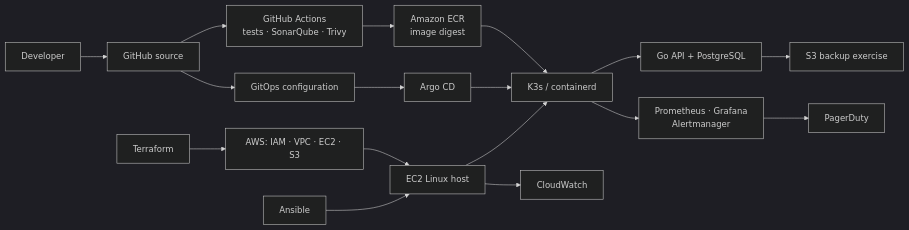
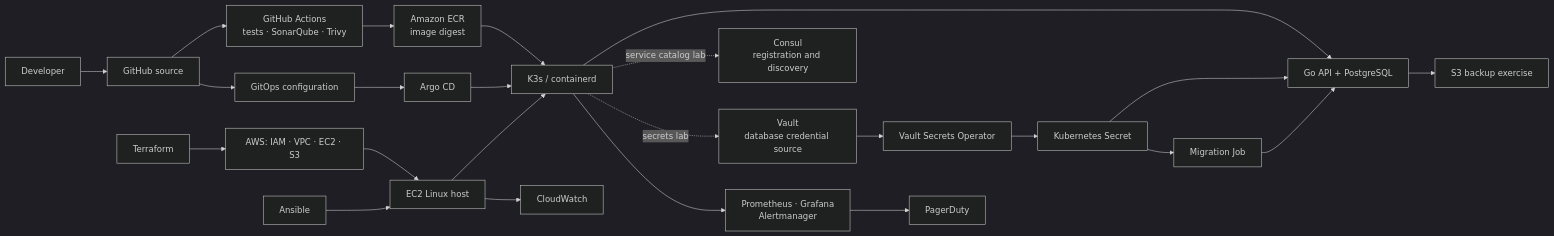
One commit to shivamshashank/cloud-infrastructure-platform changed the second of 2 diagrams in README.md. Above: the diagram before and after it, drawn with Mermaid (dark theme). The commit also changed other lines of this file and 9 other files, not shown here.

````diff
--- a/README.md
+++ b/README.md
@@ -189,19 +193,26 @@
 ```mermaid
 flowchart LR
     Dev["Developer"] --> GitHub["GitHub source"]
     GitHub --> CI["GitHub Actions<br/>tests · SonarQube · Trivy"]
     CI --> ECR["Amazon ECR<br/>image digest"]
     GitHub --> GitOps["GitOps configuration"]
     GitOps --> Argo["Argo CD"]
     Terraform["Terraform"] --> AWS["AWS: IAM · VPC · EC2 · S3"]
     Ansible["Ansible"] --> Host["EC2 Linux host"]
     AWS --> Host
     Host --> K3s["K3s / containerd"]
     Argo --> K3s
     ECR --> K3s
     K3s --> App["Go API + PostgreSQL"]
+    K3s -. "service catalog lab" .-> Consul["Consul<br/>registration and discovery"]
+    K3s -. "secrets lab" .-> Vault["Vault<br/>database credential source"]
+    Vault --> VSO["Vault Secrets Operator"]
+    VSO --> KSecret["Kubernetes Secret"]
+    KSecret --> App
+    KSecret --> Migration["Migration Job"]
+    Migration --> App
     K3s --> Obs["Prometheus · Grafana<br/>Alertmanager"]
     Obs --> PD["PagerDuty"]
     App --> Backup["S3 backup exercise"]
     Host --> CW["CloudWatch"]
 ```
````
